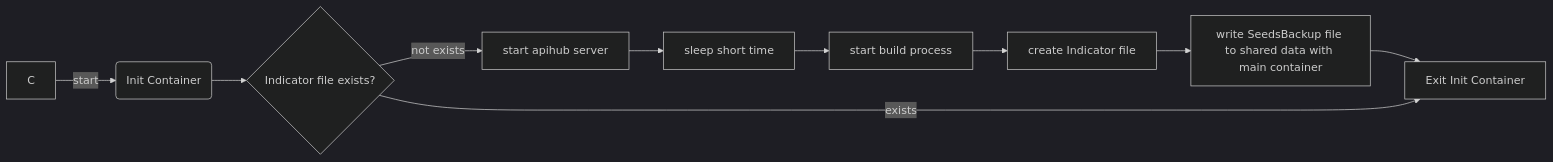
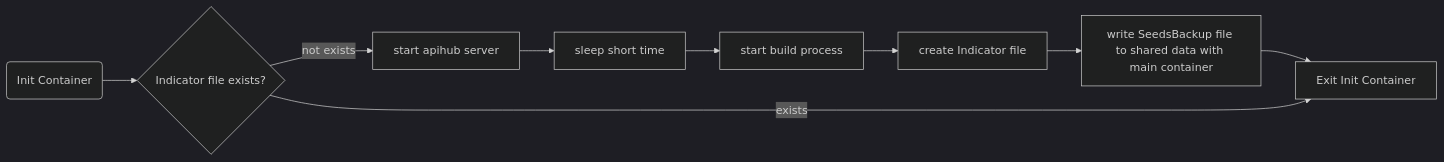
Before and after one commit to PharmaLedger-IMI/helmchart-ethadapter: the third of 4 diagrams in charts/epi/README.md, drawn with Mermaid (dark theme). The commit also changed other lines of this file and 1 other file, not shown here.

````diff
--- a/charts/epi/README.md
+++ b/charts/epi/README.md
@@ -67,12 +67,11 @@
 ```mermaid
 flowchart LR
-C -->|start| D(Init Container)
-D --> E{Indicator file exists?}
+D(Init Container) --> E{Indicator file exists?}
 E -->|not exists| F[start apihub server]
 F --> G[sleep short time]
 G --> H[start build process]
 H --> I[create Indicator file]
 I --> J[write SeedsBackup file to shared data with main container]
 J --> K
 E -->|exists| K[Exit Init Container]
 ```
````
